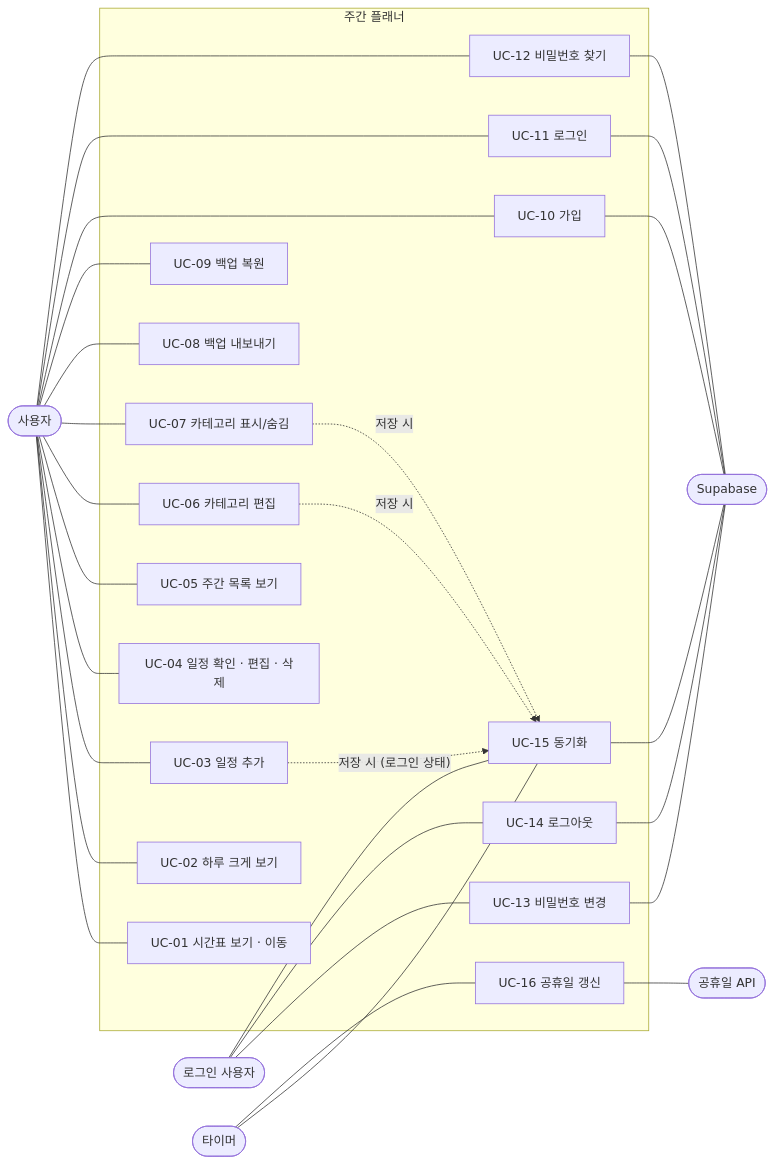
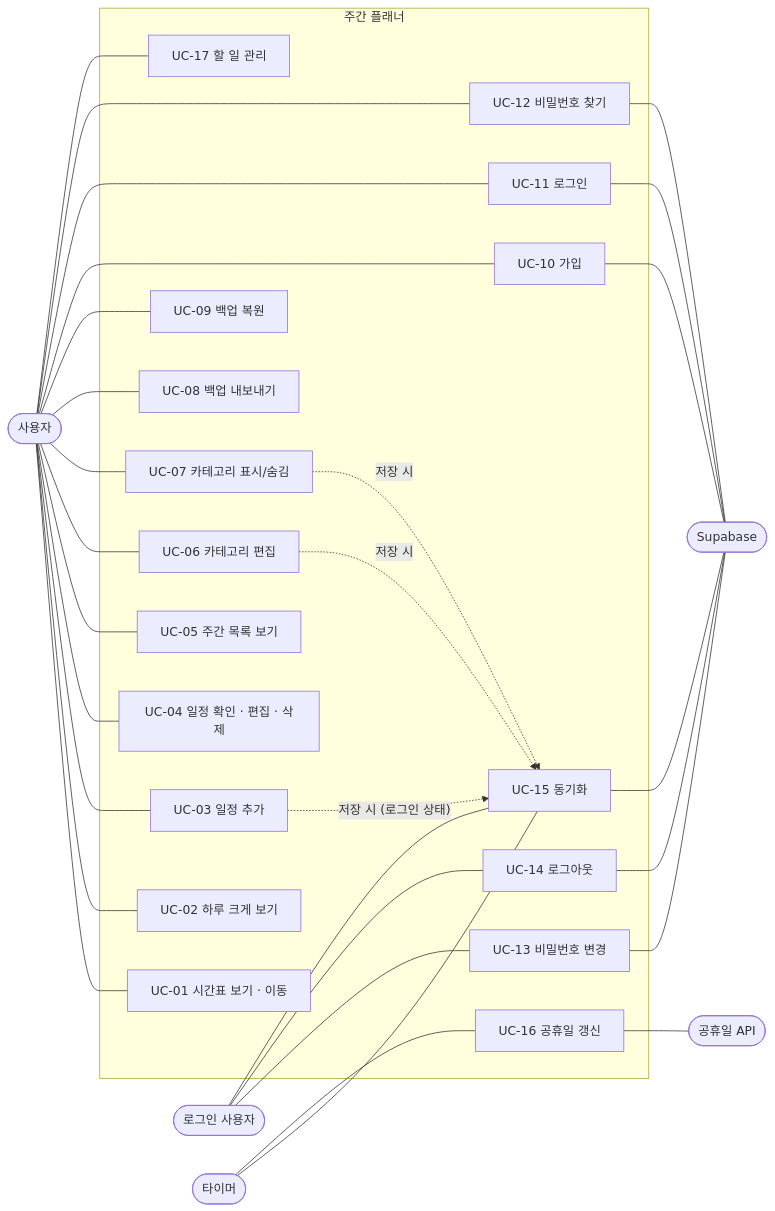
The first of 5 diagrams in docs/02-유스케이스-화면흐름.md (jmg0929/weekly-planner), drawn with Mermaid before and after one commit. The commit also changed other lines of this file and 13 other files, not shown here.

````diff
--- a/docs/02-유스케이스-화면흐름.md
+++ b/docs/02-유스케이스-화면흐름.md
@@ -34,34 +35,35 @@
 ```mermaid
 flowchart LR
   U(["사용자"])
   L(["로그인 사용자"])
   S(["Supabase"])
   H(["공휴일 API"])
   T(["타이머"])
   subgraph App["주간 플래너"]
     UC01["UC-01 시간표 보기 · 이동"]
     UC02["UC-02 하루 크게 보기"]
     UC03["UC-03 일정 추가"]
     UC04["UC-04 일정 확인 · 편집 · 삭제"]
     UC05["UC-05 주간 목록 보기"]
     UC06["UC-06 카테고리 편집"]
     UC07["UC-07 카테고리 표시/숨김"]
     UC08["UC-08 백업 내보내기"]
     UC09["UC-09 백업 복원"]
     UC10["UC-10 가입"]
     UC11["UC-11 로그인"]
     UC12["UC-12 비밀번호 찾기"]
     UC13["UC-13 비밀번호 변경"]
     UC14["UC-14 로그아웃"]
     UC15["UC-15 동기화"]
     UC16["UC-16 공휴일 갱신"]
+    UC17["UC-17 할 일 관리"]
   end
-  U --- UC01 & UC02 & UC03 & UC04 & UC05 & UC06 & UC07 & UC08 & UC09 & UC10 & UC11 & UC12
+  U --- UC01 & UC02 & UC03 & UC04 & UC05 & UC06 & UC07 & UC08 & UC09 & UC10 & UC11 & UC12 & UC17
   L --- UC13 & UC14 & UC15
   UC10 & UC11 & UC12 & UC13 & UC14 & UC15 --- S
   UC16 --- H
   T --- UC15 & UC16
   UC03 -. "저장 시 (로그인 상태)" .-> UC15
   UC06 -. "저장 시" .-> UC15
   UC07 -. "저장 시" .-> UC15
 ```
````
